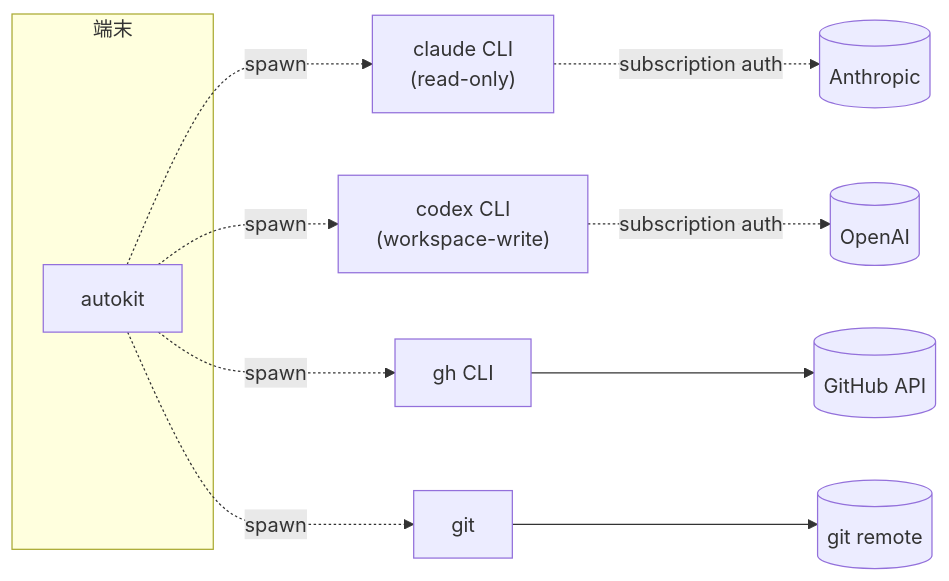
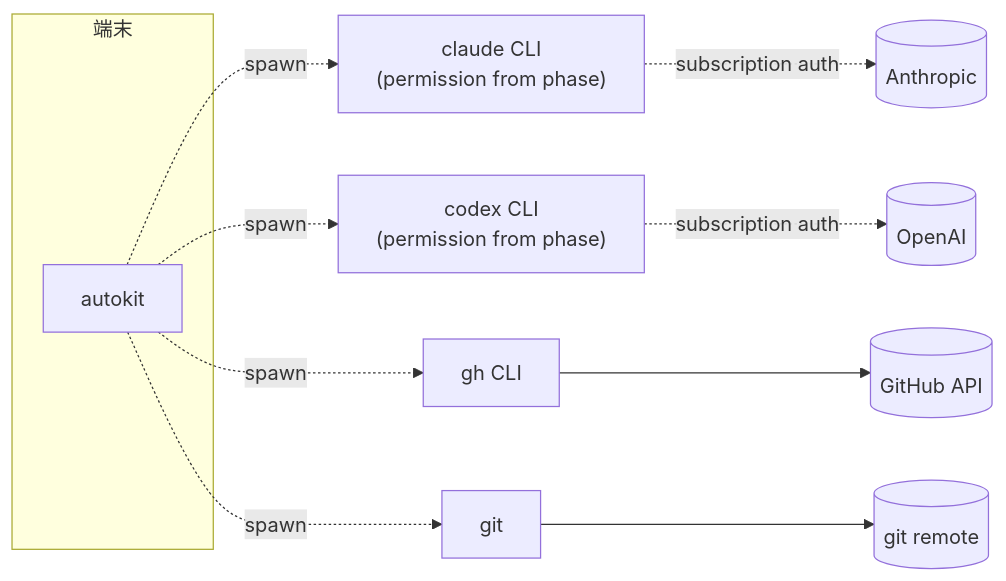
The second of 6 diagrams in guides/dev/02-architecture.md (cattyneo/agent-autokit), drawn with Mermaid before and after one commit. The commit also changed other lines of this file and 15 other files, not shown here.

````diff
--- a/guides/dev/02-architecture.md
+++ b/guides/dev/02-architecture.md
@@ -45,15 +49,15 @@
 ```mermaid
 flowchart LR
   subgraph host["端末"]
     AK["autokit"]
   end
-  AK -. spawn .-> claude["claude CLI<br/>(read-only)"]
-  AK -. spawn .-> codex["codex CLI<br/>(workspace-write)"]
+  AK -. spawn .-> claude["claude CLI<br/>(permission from phase)"]
+  AK -. spawn .-> codex["codex CLI<br/>(permission from phase)"]
   AK -. spawn .-> gh["gh CLI"]
   AK -. spawn .-> git["git"]
 
   claude -. subscription auth .-> Anthropic[(Anthropic)]
   codex -. subscription auth .-> OpenAI[(OpenAI)]
   gh --> GitHub[(GitHub API)]
   git --> remote[(git remote)]
 ```
````
